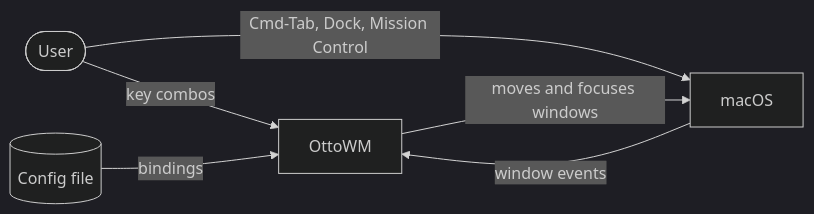
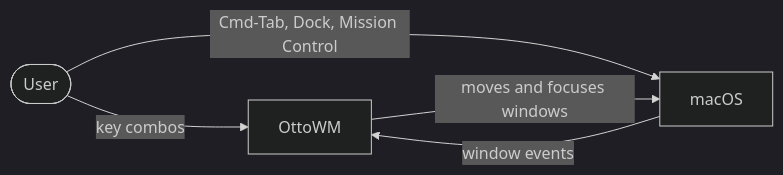
Before and after one commit to brennovich/ottowm: the first of 22 diagrams in ARCHITECTURE.md, drawn with Mermaid (dark theme). The commit also changed other lines of this file, not shown here.

Commit message:
Re-structure ARCHITECTURE.md

````diff
--- a/ARCHITECTURE.md
+++ b/ARCHITECTURE.md
@@ -45,13 +45,11 @@
 ```mermaid
 flowchart LR
     user([User])
-    config[(Config file)]
     otto["OttoWM"]
     macos["macOS"]
 
     user -->|key combos| otto
     user -->|Cmd-Tab, Dock, Mission Control| macos
-    config -->|bindings| otto
     otto -->|moves and focuses windows| macos
     macos -->|window events| otto
 ```
````
